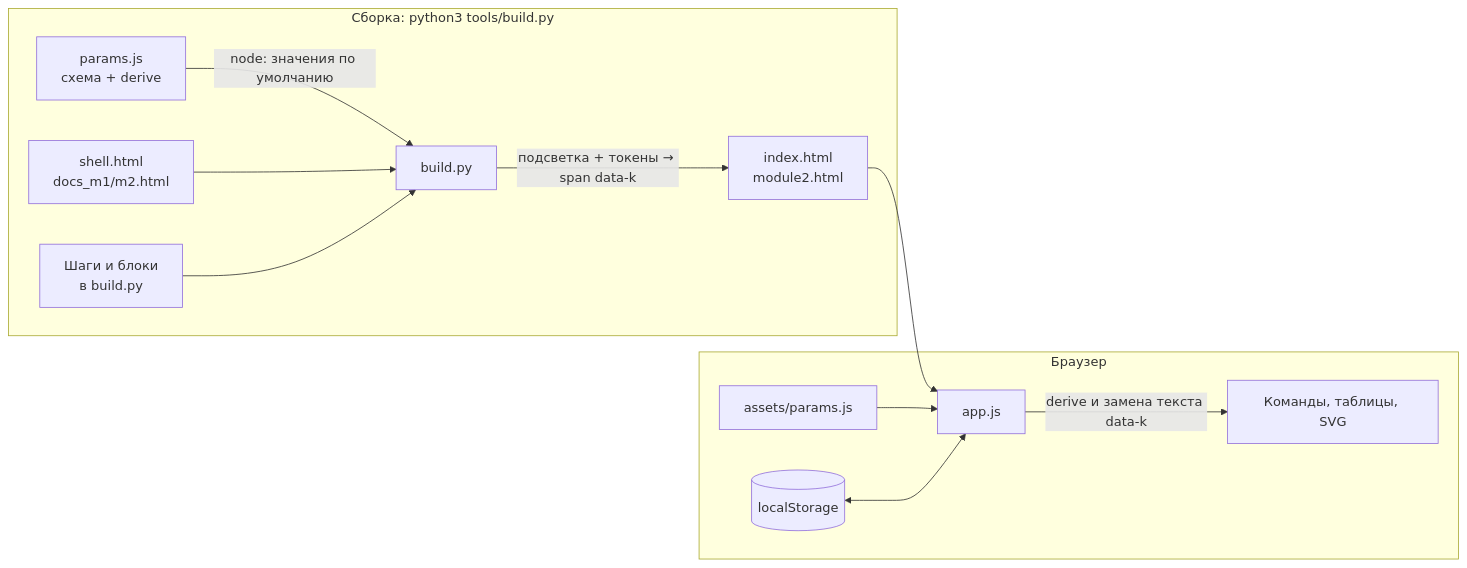
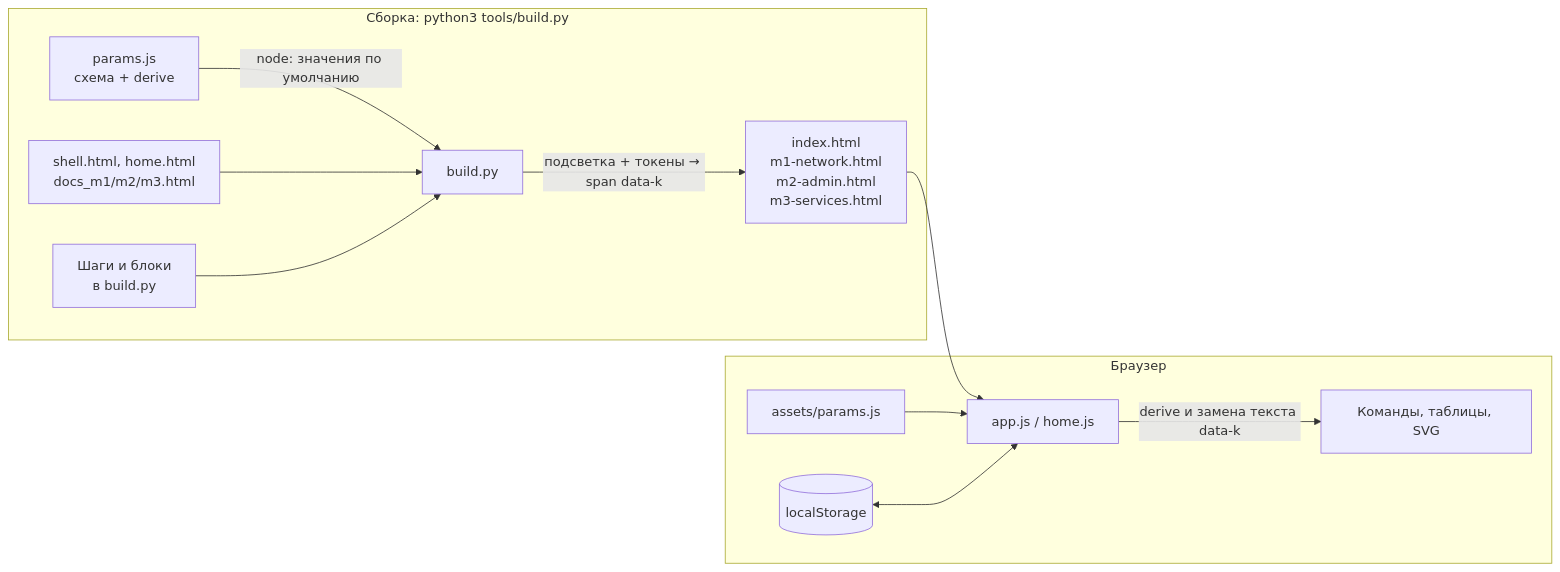
The diagram in DOCUMENTATION.md (pankstass/AltStass), drawn with Mermaid before and after one commit. The commit also changed other lines of this file and 26 other files, not shown here.

````diff
--- a/DOCUMENTATION.md
+++ b/DOCUMENTATION.md
@@ -96,15 +122,15 @@
 ```mermaid
 flowchart LR
   subgraph Сборка [Сборка: python3 tools/build.py]
     P[params.js<br/>схема + derive] -->|node: значения по умолчанию| B[build.py]
-    S[shell.html<br/>docs_m1/m2.html] --> B
+    S[shell.html, home.html<br/>docs_m1/m2/m3.html] --> B
     C[Шаги и блоки<br/>в build.py] --> B
-    B -->|подсветка + токены → span data-k| H[index.html<br/>module2.html]
+    B -->|подсветка + токены → span data-k| H[index.html<br/>m1-network.html<br/>m2-admin.html<br/>m3-services.html]
   end
   subgraph Браузер
-    H --> A[app.js]
+    H --> A[app.js / home.js]
     P2[assets/params.js] --> A
     LS[(localStorage)] <--> A
     A -->|derive и замена текста data-k| DOM[Команды, таблицы, SVG]
   end
 ```
````
